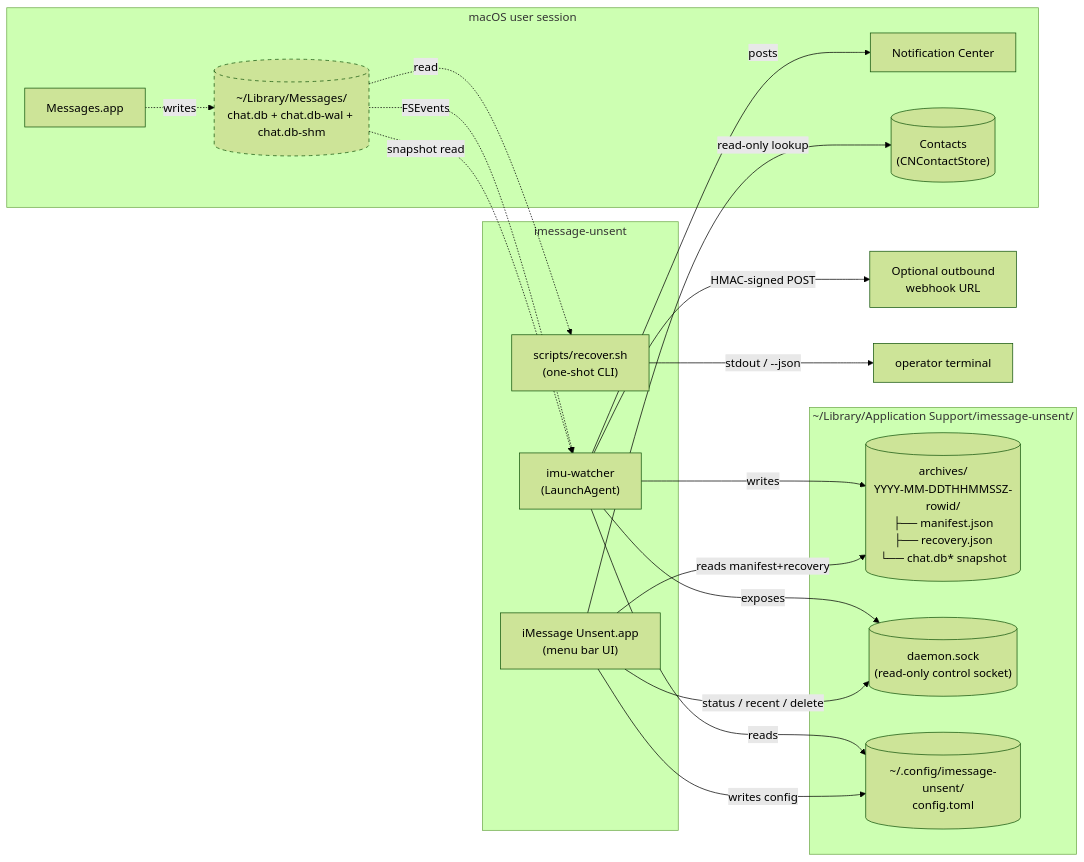
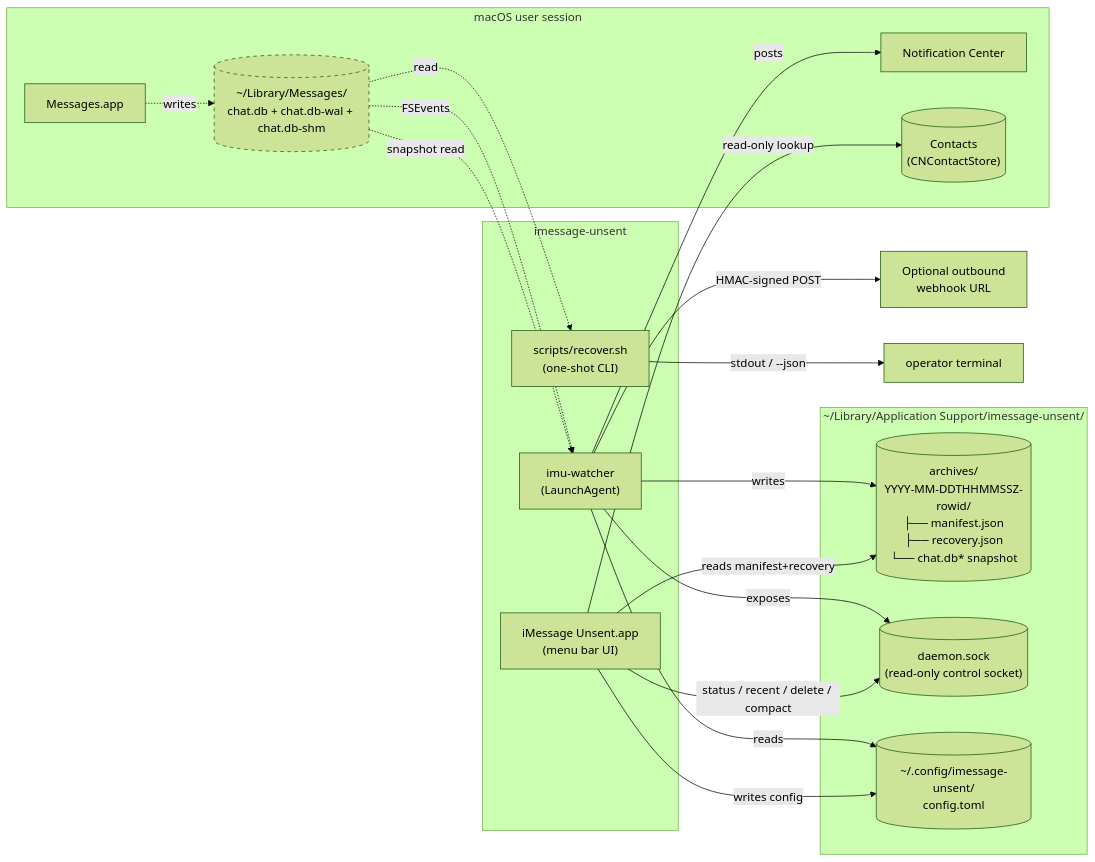
One commit to tyhallcsu/imessage-unsent changed the first of 3 diagrams in docs/architecture.md. Above: the diagram before and after it, drawn with Mermaid (forest theme). The commit also changed other lines of this file and 5 other files, not shown here.

````diff
--- a/docs/architecture.md
+++ b/docs/architecture.md
@@ -11,44 +11,44 @@
 ```mermaid
 flowchart LR
     subgraph macOS["macOS user session"]
         Messages["Messages.app"]
         ChatDB[("~/Library/Messages/<br/>chat.db + chat.db-wal + chat.db-shm")]
         Notify["Notification Center"]
         Contacts[("Contacts<br/>(CNContactStore)")]
     end
 
     subgraph Project["imessage-unsent"]
         CLI["scripts/recover.sh<br/>(one-shot CLI)"]
         Daemon["imu-watcher<br/>(LaunchAgent)"]
         GUI["iMessage Unsent.app<br/>(menu bar UI)"]
     end
 
     subgraph Storage["~/Library/Application Support/imessage-unsent/"]
         Archives[("archives/<br/>YYYY-MM-DDTHHMMSSZ-rowid/<br/>├── manifest.json<br/>├── recovery.json<br/>└── chat.db* snapshot")]
         Sock[("daemon.sock<br/>(read-only control socket)")]
         Cfg[("~/.config/imessage-unsent/<br/>config.toml")]
     end
 
     Webhook["Optional outbound<br/>webhook URL"]
 
     Messages -.writes.-> ChatDB
     ChatDB -.read.-> CLI
     ChatDB -.FSEvents.-> Daemon
     ChatDB -.snapshot read.-> Daemon
 
     CLI -->|stdout / --json| User1["operator terminal"]
 
     Daemon -->|writes| Archives
     Daemon -->|exposes| Sock
     Daemon -->|posts| Notify
     Daemon -->|HMAC-signed POST| Webhook
     Daemon -->|reads| Cfg
 
-    GUI -->|status / recent / delete| Sock
+    GUI -->|status / recent / delete / compact| Sock
     GUI -->|reads manifest+recovery| Archives
     GUI -->|writes config| Cfg
     GUI -->|read-only lookup| Contacts
 
     classDef readonly stroke-dasharray: 5 5;
     class ChatDB readonly
 ```
````
